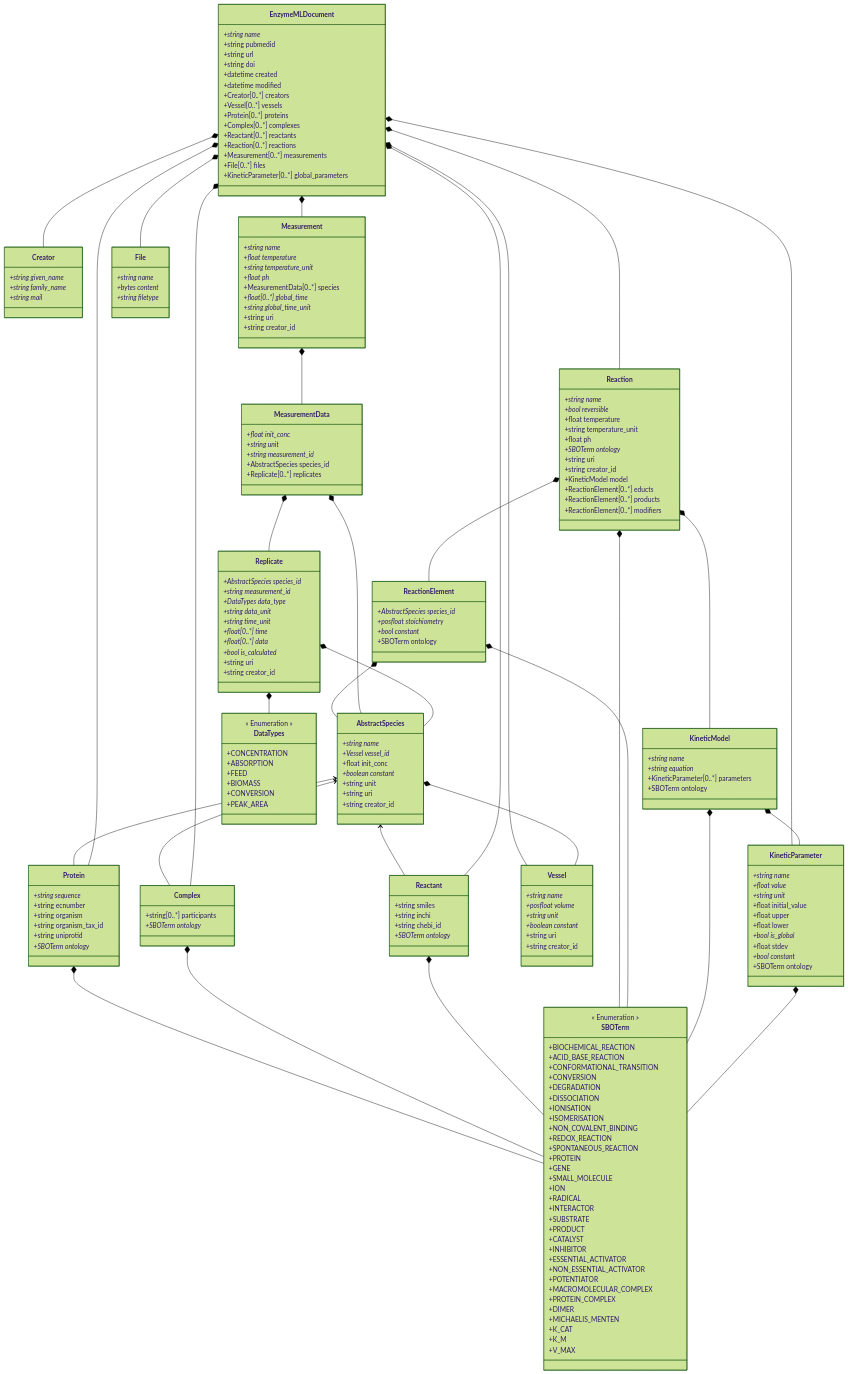
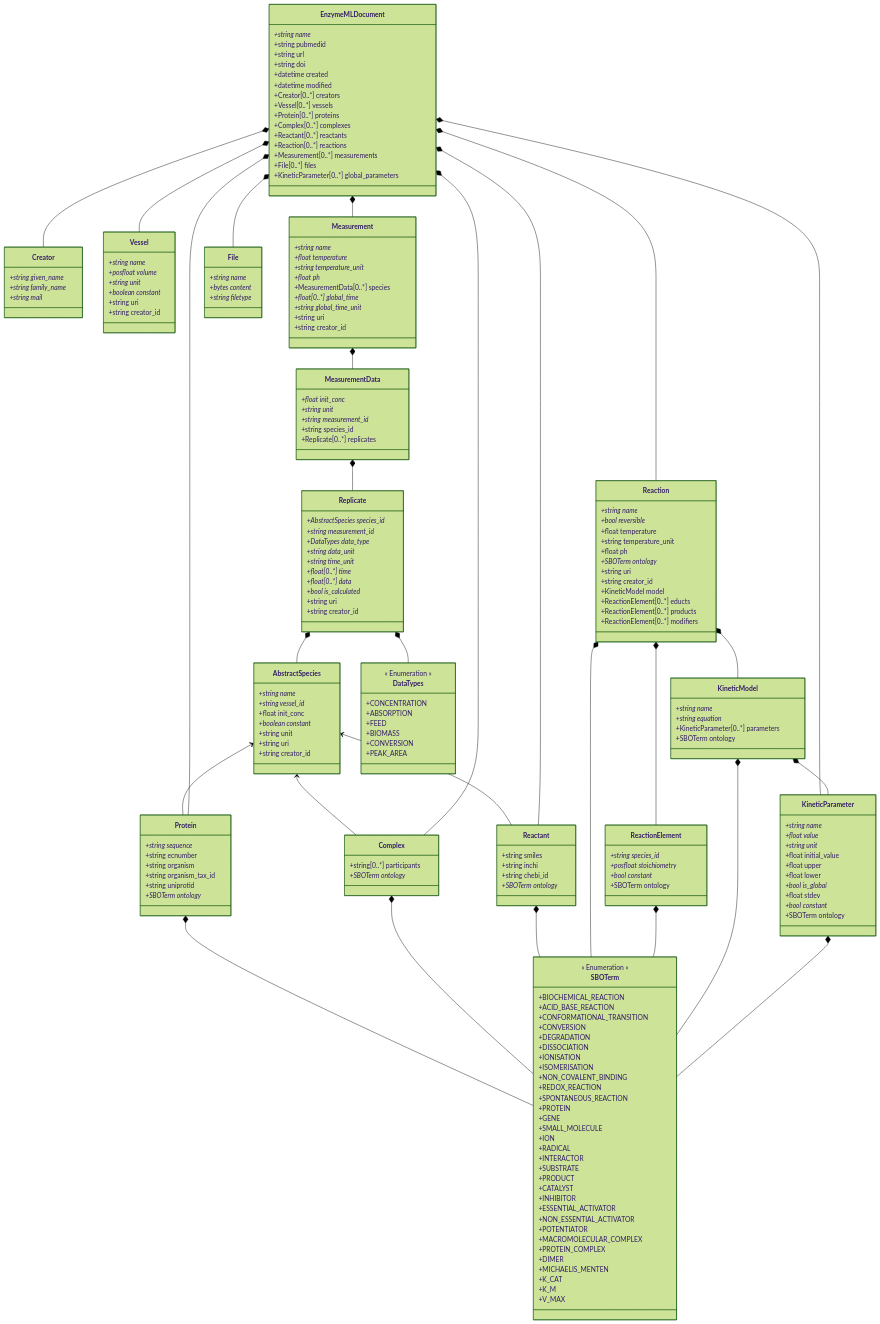
The diagram in pyenzyme_schema.md (EnzymeML/enzymeml-specifications), drawn with Mermaid (forest theme) before and after one commit. The commit also changed 17 other files, not shown here.

```diff
--- a/pyenzyme_schema.md
+++ b/pyenzyme_schema.md
@@ -12,7 +12,6 @@
     EnzymeMLDocument *-- KineticParameter
     EnzymeMLDocument *-- Measurement
     EnzymeMLDocument *-- File
-    AbstractSpecies *-- Vessel
     Protein *-- SBOTerm
     Complex *-- SBOTerm
     Reactant *-- SBOTerm
@@ -20,12 +19,10 @@
     Reaction *-- ReactionElement
     Reaction *-- KineticModel
     ReactionElement *-- SBOTerm
-    ReactionElement *-- AbstractSpecies
     KineticModel *-- SBOTerm
     KineticModel *-- KineticParameter
     KineticParameter *-- SBOTerm
     Measurement *-- MeasurementData
-    MeasurementData *-- AbstractSpecies
     MeasurementData *-- Replicate
     Replicate *-- DataTypes
     Replicate *-- AbstractSpecies
@@ -65,7 +62,7 @@
     
     class AbstractSpecies {
         +string name*
-        +Vessel vessel_id*
+        +string vessel_id*
         +float init_conc
         +boolean constant*
         +string unit
@@ -110,7 +107,7 @@
     }
     
     class ReactionElement {
-        +AbstractSpecies species_id*
+        +string species_id*
         +posfloat stoichiometry*
         +bool constant*
         +SBOTerm ontology
@@ -152,7 +149,7 @@
         +float init_conc*
         +string unit*
         +string measurement_id*
-        +AbstractSpecies species_id
+        +string species_id
         +Replicate[0..*] replicates
     }
     
```
